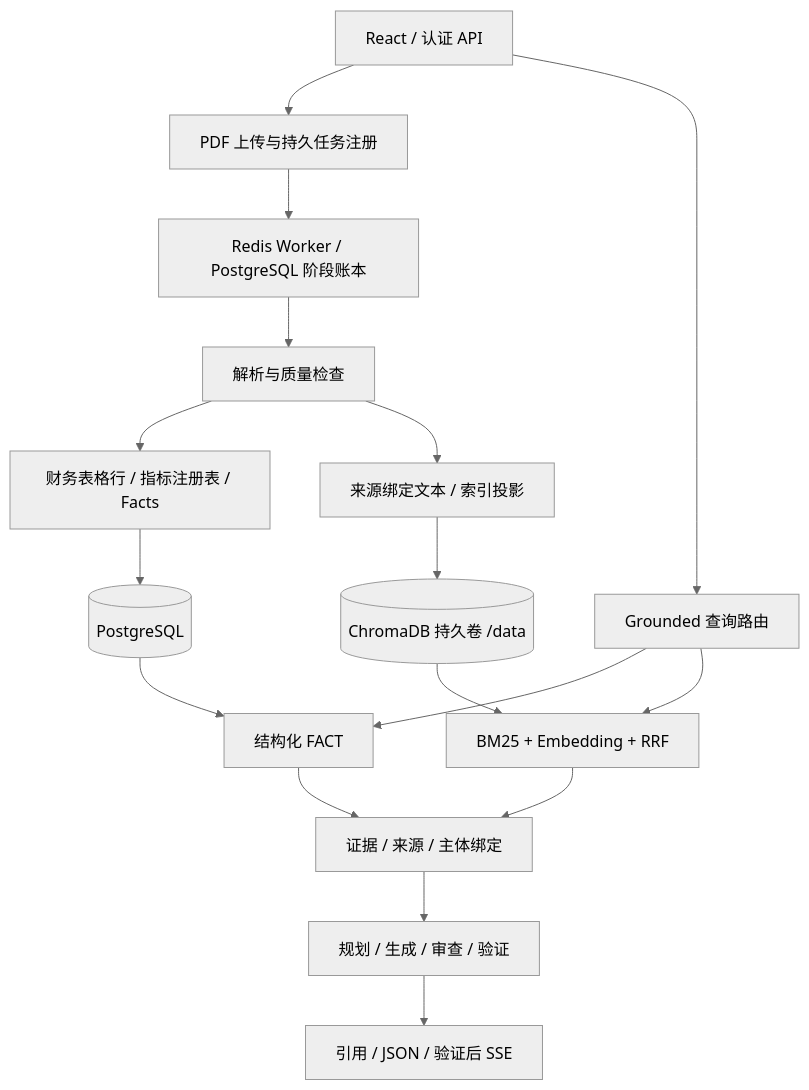
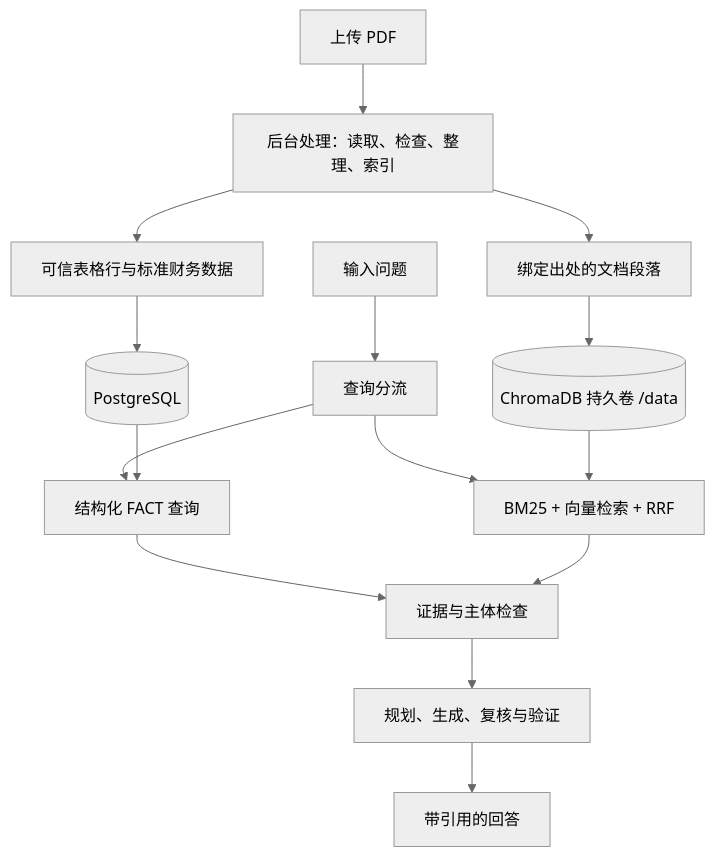
The diagram in README_CN.md (csl1234213/financial-research-assistant), drawn with Mermaid (neutral theme) before and after one commit. The commit also changed other lines of this file and 8 other files, not shown here.

````diff
--- a/README_CN.md
+++ b/README_CN.md
@@ -21,19 +37,17 @@
 ```mermaid
 flowchart TD
-    UI[React / 认证 API] --> U[PDF 上传与持久任务注册]
-    U --> W[Redis Worker / PostgreSQL 阶段账本]
-    W --> P[解析与质量检查]
-    P --> F[财务表格行 / 指标注册表 / Facts]
-    P --> I[来源绑定文本 / 索引投影]
-    F --> DB[(PostgreSQL)]
-    I --> V[(ChromaDB 持久卷 /data)]
-    UI --> Q[Grounded 查询路由]
-    Q --> S[结构化 FACT]
-    Q --> H[BM25 + Embedding + RRF]
-    DB --> S
-    V --> H
-    S --> E[证据 / 来源 / 主体绑定]
+    U[上传 PDF] --> W[后台处理：读取、检查、整理、索引]
+    W --> F[可信表格行与标准财务数据]
+    W --> T[绑定出处的文档段落]
+    F --> P[(PostgreSQL)]
+    T --> C[(ChromaDB 持久卷 /data)]
+    Q[输入问题] --> R[查询分流]
+    R --> S[结构化 FACT 查询]
+    R --> H[BM25 + 向量检索 + RRF]
+    P --> S
+    C --> H
+    S --> E[证据与主体检查]
     H --> E
-    E --> A[规划 / 生成 / 审查 / 验证]
-    A --> C[引用 / JSON / 验证后 SSE]
+    E --> A[规划、生成、复核与验证]
+    A --> O[带引用的回答]
 ```
````
